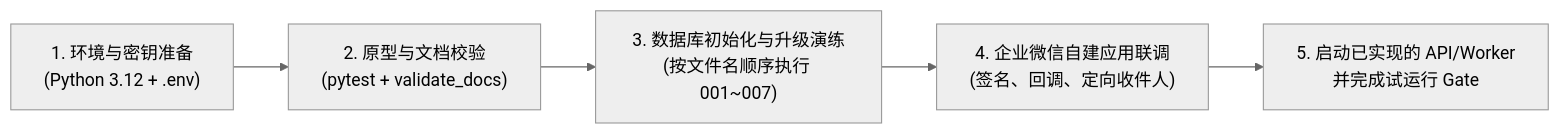
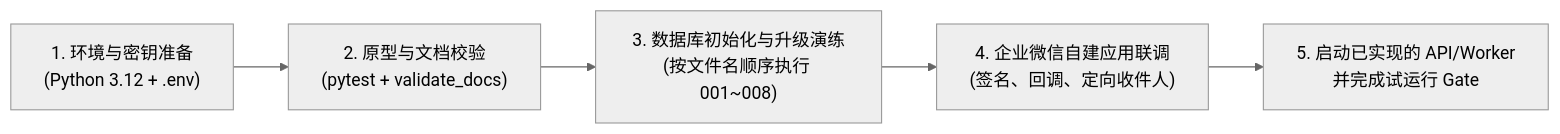
Before and after one commit to sinojelly/wealthsail: the second of 4 diagrams in docs/03.WealthSail-MVP快速构建与实战指南.md, drawn with Mermaid (neutral theme). The commit also changed other lines of this file and 10 other files, not shown here.

````diff
--- a/docs/03.WealthSail-MVP快速构建与实战指南.md
+++ b/docs/03.WealthSail-MVP快速构建与实战指南.md
@@ -43,7 +43,7 @@
 ```mermaid
 flowchart LR
     S1["1. 环境与密钥准备<br>(Python 3.12 + .env)"] --> S2["2. 原型与文档校验<br>(pytest + validate_docs)"]
-    S2 --> S3["3. 数据库初始化与升级演练<br>(按文件名顺序执行 001~007)"]
+    S2 --> S3["3. 数据库初始化与升级演练<br>(按文件名顺序执行 001~008)"]
     S3 --> S4["4. 企业微信自建应用联调<br>(签名、回调、定向收件人)"]
     S4 --> S5["5. 启动已实现的 API/Worker<br>并完成试运行 Gate"]
 ```
````
